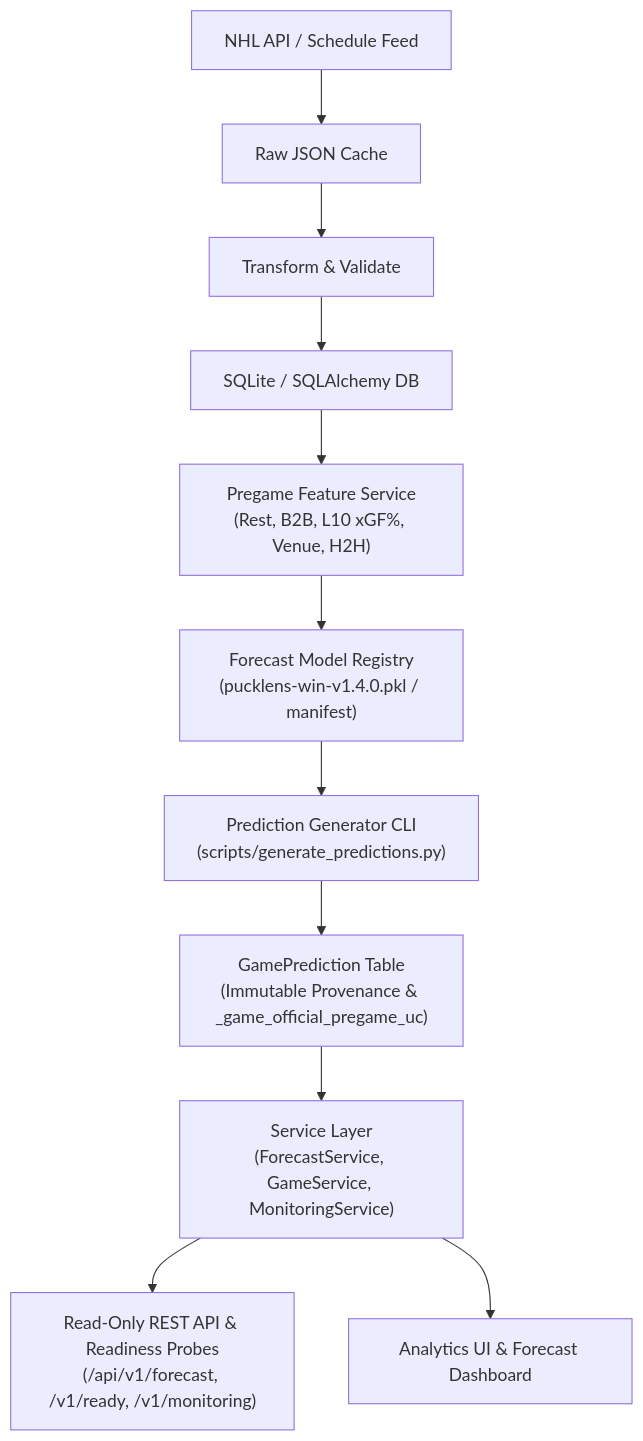
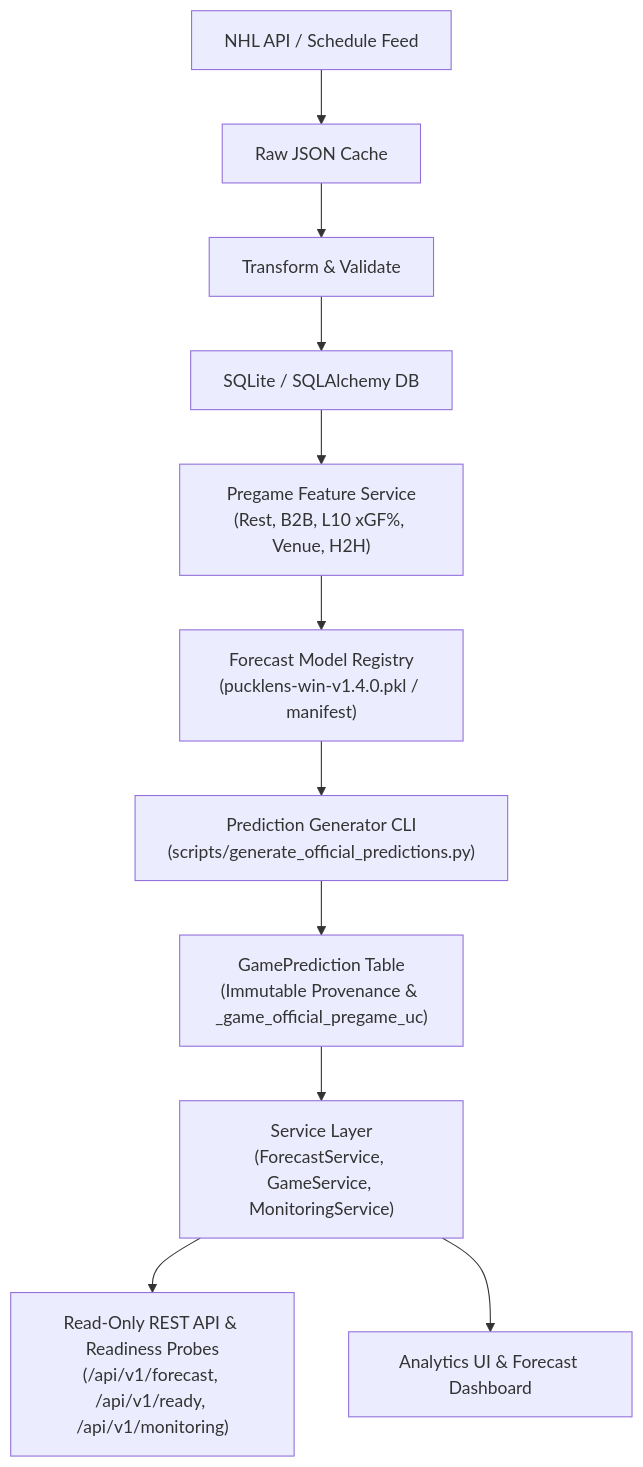
The diagram in README.md (david-turnbull/Hockey-game-analyzer), drawn with Mermaid before and after one commit. The commit also changed other lines of this file and 3 other files, not shown here.

````diff
--- a/README.md
+++ b/README.md
@@ -35,13 +35,13 @@
 ```mermaid
 flowchart TD
     A[NHL API / Schedule Feed] --> B[Raw JSON Cache]
     B --> C[Transform & Validate]
     C --> D[SQLite / SQLAlchemy DB]
     D --> E["Pregame Feature Service<br/>(Rest, B2B, L10 xGF%, Venue, H2H)"]
     E --> F["Forecast Model Registry<br/>(pucklens-win-v1.4.0.pkl / manifest)"]
-    F --> G["Prediction Generator CLI<br/>(scripts/generate_predictions.py)"]
+    F --> G["Prediction Generator CLI<br/>(scripts/generate_official_predictions.py)"]
     G --> H["GamePrediction Table<br/>(Immutable Provenance & _game_official_pregame_uc)"]
     H --> I["Service Layer<br/>(ForecastService, GameService, MonitoringService)"]
-    I --> J["Read-Only REST API & Readiness Probes<br/>(/api/v1/forecast, /v1/ready, /v1/monitoring)"]
+    I --> J["Read-Only REST API & Readiness Probes<br/>(/api/v1/forecast, /api/v1/ready, /api/v1/monitoring)"]
     I --> K[Analytics UI & Forecast Dashboard]
 ```
````
